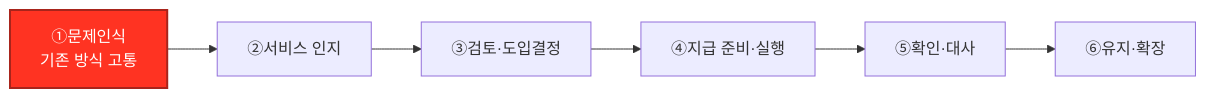
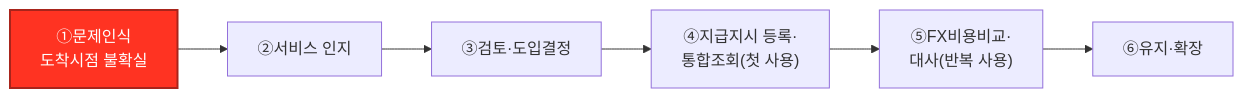
Before and after one commit to jennie-brain/business-analysis-frameworks: the first of 4 diagrams in 05_페르소나_고객여정지도/02_고객여정지도.md, drawn with Mermaid. The commit also changed other lines of this file and 3 other files, not shown here.

````diff
--- a/05_페르소나_고객여정지도/02_고객여정지도.md
+++ b/05_페르소나_고객여정지도/02_고객여정지도.md
@@ -18,5 +18,5 @@
 ```mermaid
 flowchart LR
-    S1["①문제인식<br/>기존 방식 고통"] --> S2["②서비스 인지"] --> S3["③검토·도입결정"] --> S4["④지급 준비·실행"] --> S5["⑤확인·대사"] --> S6["⑥유지·확장"]
+    S1["①문제인식<br/>도착시점 불확실"] --> S2["②서비스 인지"] --> S3["③검토·도입결정"] --> S4["④지급지시 등록·<br/>통합조회(첫 사용)"] --> S5["⑤FX비용비교·<br/>대사(반복 사용)"] --> S6["⑥유지·확장"]
     style S1 fill:#FF3322,stroke:#a8241b,color:#ffffff,stroke-width:2px
 ```
````
